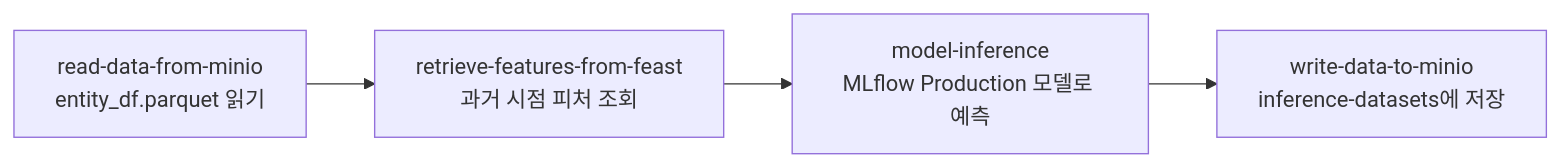
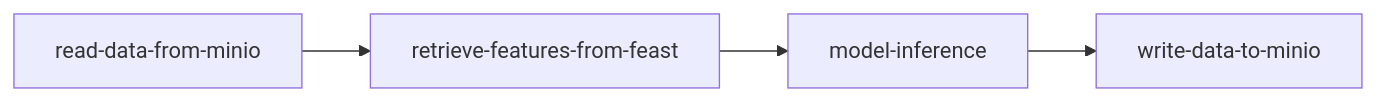
The second of 2 diagrams in content/docs/tech/ops/mlops/labs/book-ch04-05-sop.md (johklo/johklo.github.io), drawn with Mermaid before and after one commit. The commit also changed other lines of this file, not shown here.

````diff
--- a/content/docs/tech/ops/mlops/labs/book-ch04-05-sop.md
+++ b/content/docs/tech/ops/mlops/labs/book-ch04-05-sop.md
@@ -701,8 +241,8 @@
 ```mermaid
 flowchart LR
   accTitle: 5장 배치 추론 파이프라인
-  accDescr: 엔티티 파일을 읽고, Feast에서 과거 시점 피처를 조회하고, MLflow의 Production 모델로 예측한 뒤, 결과를 inference-datasets 버킷에 저장합니다.
-  A["read-data-from-minio<br/>entity_df.parquet 읽기"] --> B["retrieve-features-from-feast<br/>과거 시점 피처 조회"]
-  B --> C["model-inference<br/>MLflow Production 모델로 예측"]
-  C --> D["write-data-to-minio<br/>inference-datasets에 저장"]
+  accDescr: 엔티티 파일을 읽고 Feast에서 피처를 조회해 MLflow Production 모델로 예측한 뒤 결과를 버킷에 저장한다.
+  A["read-data-from-minio"] --> B["retrieve-features-from-feast"]
+  B --> C["model-inference"]
+  C --> D["write-data-to-minio"]
 ```
````
